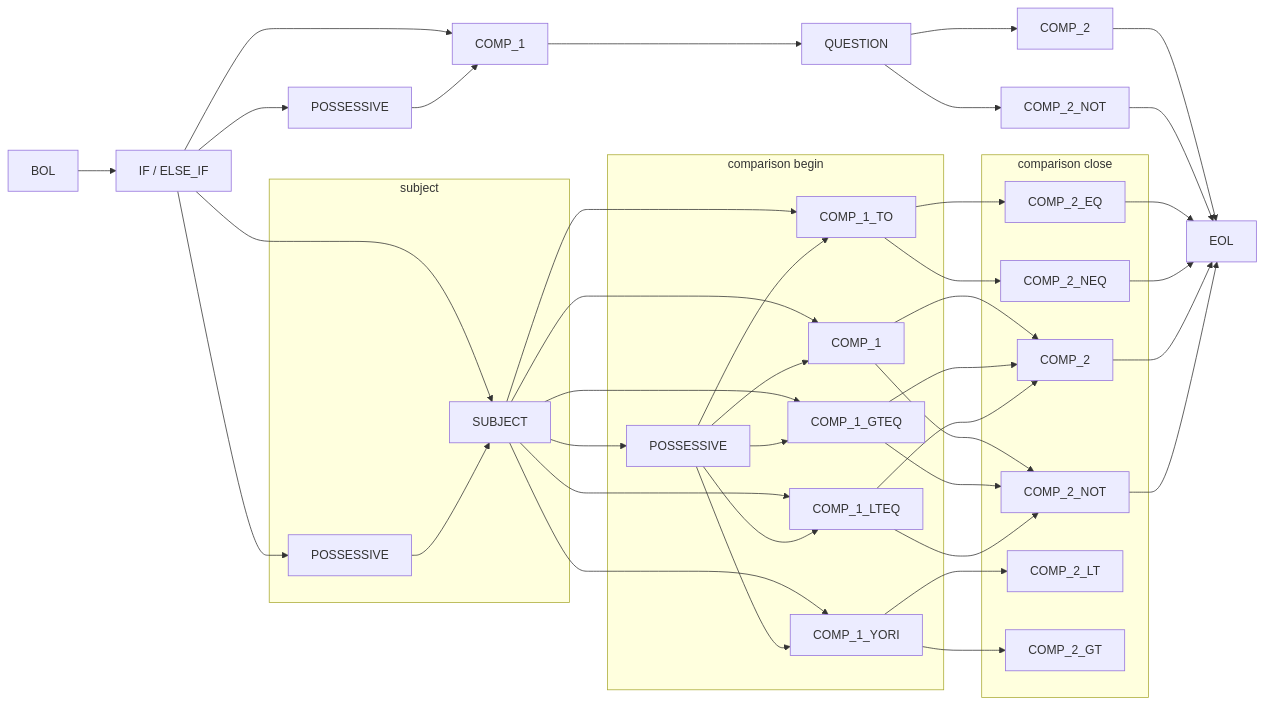
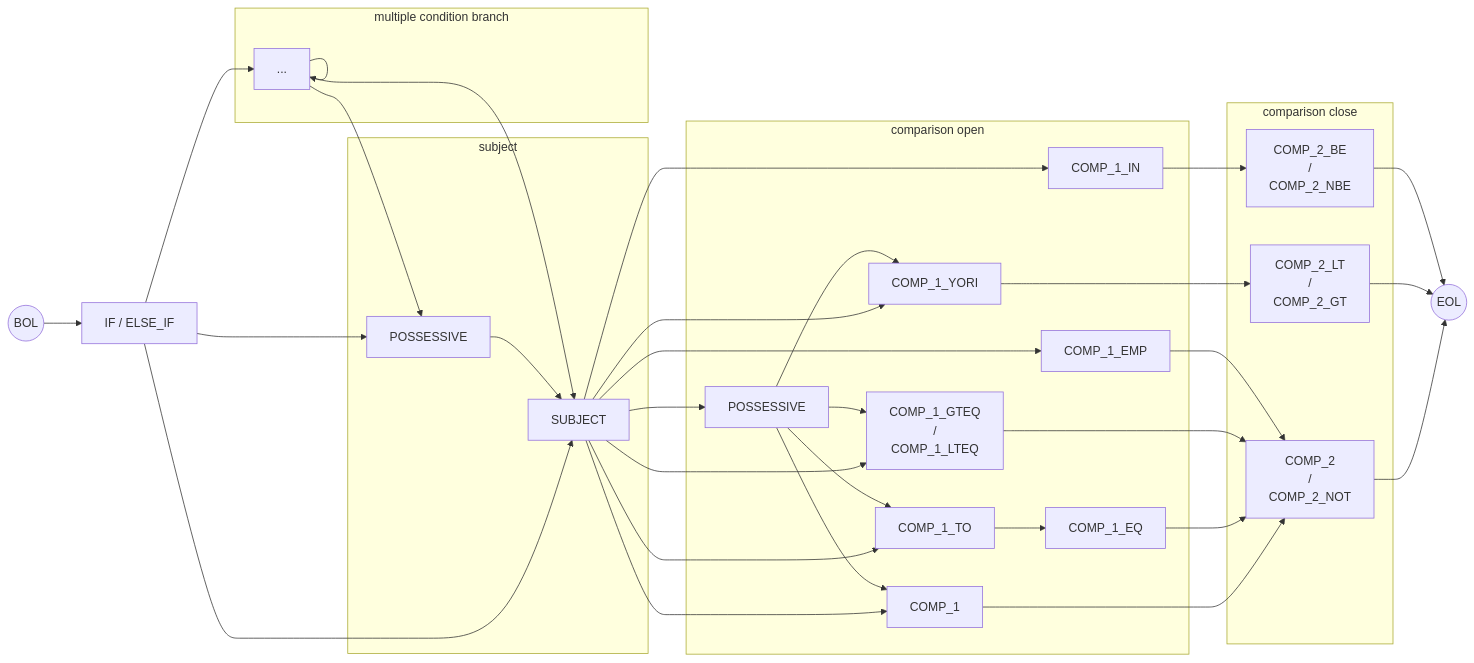
One commit to rewhowe/snapdragon changed the eighth of 17 diagrams in documentation/nfsm.md. Above: the diagram before and after it, drawn with Mermaid. The commit also changed other lines of this file and 187 other files, not shown here.

````diff
--- a/documentation/nfsm.md
+++ b/documentation/nfsm.md
@@ -162,74 +235,61 @@
 ```mermaid
 graph LR
-  BOL --> IF[IF / ELSE_IF]
+  BOL((BOL)) --> IF[IF / ELSE_IF]
 
-  IF[IF / ELSE_IF] --> SUBJECT
-  IF[IF / ELSE_IF] --> COMP_BOOL_BEGIN
-  IF[IF / ELSE_IF] --> POSSESSIVE_BOOL[POSSESSIVE]
-  IF[IF / ELSE_IF] --> POSSESSIVE_1[POSSESSIVE]
+  IF --> mcb["..."]
+  IF --> SUBJECT
+  IF --> POSSESSIVE_1[POSSESSIVE]
+
+  mcb --> mcb
+  mcb --> SUBJECT
+  mcb --> POSSESSIVE_1
 
   SUBJECT --> COMP_1
   SUBJECT --> COMP_1_TO
   SUBJECT --> COMP_1_YORI
-  SUBJECT --> COMP_1_GTEQ
-  SUBJECT --> COMP_1_LTEQ
+  SUBJECT --> COMP_1_LTEQGTEQ["COMP_1_GTEQ<br>/<br>COMP_1_LTEQ"]
   SUBJECT --> POSSESSIVE_2[POSSESSIVE]
+  SUBJECT --> COMP_1_EMP
+  SUBJECT --> COMP_1_IN
 
-  POSSESSIVE_BOOL[POSSESSIVE] --> COMP_BOOL_BEGIN[COMP_1]
-  COMP_BOOL_BEGIN[COMP_1] --> QUESTION
+  COMP_1 --> COMP_2["COMP_2<br>/<br>COMP_2_NOT"]
 
-  QUESTION --> COMP_BOOL_CLOSE[COMP_2]
-  QUESTION --> COMP_BOOL_CLOSE_NOT[COMP_2_NOT]
+  COMP_1_TO --> COMP_1_EQ
+  COMP_1_EQ --> COMP_2
 
-  COMP_BOOL_CLOSE[COMP_2] --> EOL
-  COMP_BOOL_CLOSE_NOT[COMP_2_NOT] --> EOL
+  COMP_1_LTEQGTEQ --> COMP_2
 
-  COMP_1 --> COMP_2
-  COMP_1 --> COMP_2_NOT
+  COMP_1_YORI --> COMP_2_LTGT["COMP_2_LT<br>/<br>COMP_2_GT"]
 
-  COMP_1_GTEQ --> COMP_2
-  COMP_1_GTEQ --> COMP_2_NOT
+  COMP_1_EMP --> COMP_2
 
-  COMP_1_LTEQ --> COMP_2
-  COMP_1_LTEQ --> COMP_2_NOT
+  COMP_1_IN --> COMP_2_BENBE["COMP_2_BE<br>/<br>COMP_2_NBE"]
 
-  COMP_1_TO --> COMP_2_EQ
-  COMP_1_TO --> COMP_2_NEQ
-
-  COMP_1_YORI --> COMP_2_LT
-  COMP_1_YORI --> COMP_2_GT
-
-  COMP_2_EQ --> EOL
-
-  COMP_2_NEQ --> EOL
-
-  COMP_2 --> EOL
-
-  COMP_2_NOT --> EOL
+  COMP_2 --> EOL((EOL))
+  COMP_2_LTGT --> EOL
+  COMP_2_BENBE --> EOL
 
   subgraph subject
-    POSSESSIVE_1[POSSESSIVE] --> SUBJECT
+    POSSESSIVE_1 --> SUBJECT
   end
 
-  subgraph comparison begin
-    POSSESSIVE_2[POSSESSIVE] --> COMP_1
-    POSSESSIVE_2[POSSESSIVE] --> COMP_1_TO
-    POSSESSIVE_2[POSSESSIVE] --> COMP_1_YORI
-    POSSESSIVE_2[POSSESSIVE] --> COMP_1_GTEQ
-    POSSESSIVE_2[POSSESSIVE] --> COMP_1_LTEQ
+  subgraph multiple condition branch
+    mcb
+  end
+
+  subgraph comparison open
+    POSSESSIVE_2 --> COMP_1
+    POSSESSIVE_2 --> COMP_1_TO
+    POSSESSIVE_2 --> COMP_1_YORI
+    POSSESSIVE_2 --> COMP_1_LTEQGTEQ
+    COMP_1_EQ
+    COMP_1_EMP
+    COMP_1_IN
   end
 
   subgraph comparison close
     COMP_2
-
-    COMP_2_NOT
-
-    COMP_2_LT
-
-    COMP_2_GT
-
-    COMP_2_EQ
-
-    COMP_2_NEQ
+    COMP_2_LTGT
+    COMP_2_BENBE
   end
 ```
````
